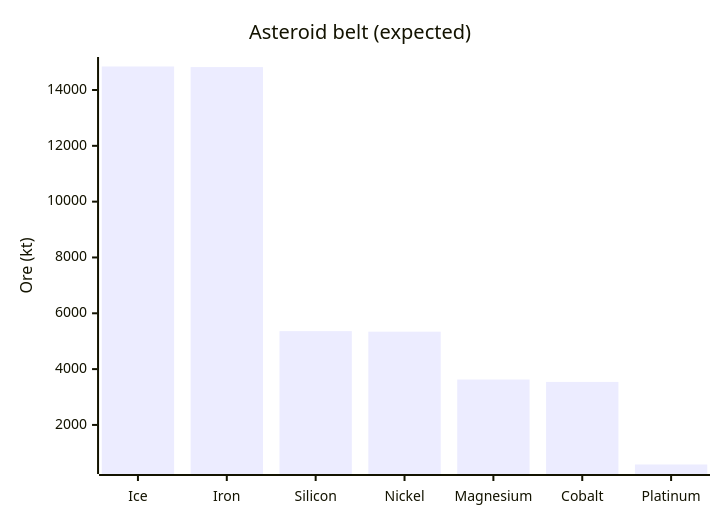
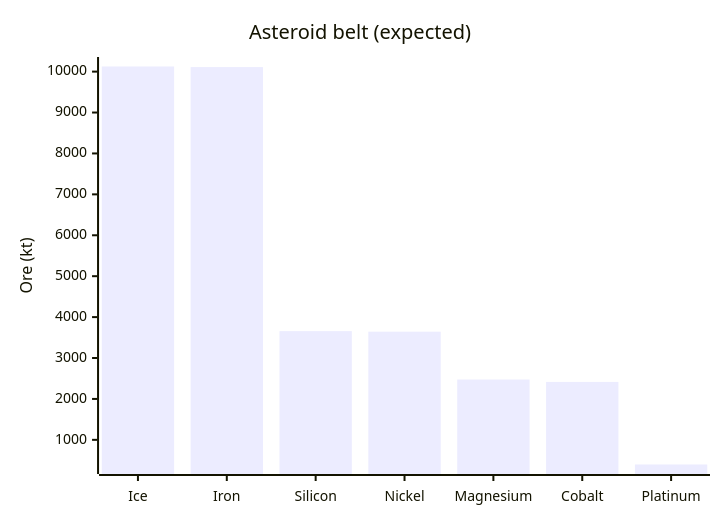
One commit to CometWorks/worlds changed the third of 4 diagrams in octahedron/ORES.md. Above: the diagram before and after it, drawn with Mermaid. The commit also changed other lines of this file and 3003 other files, not shown here.

````diff
--- a/octahedron/ORES.md
+++ b/octahedron/ORES.md
@@ -91,7 +91,7 @@
 ```mermaid
 xychart-beta
     title "Asteroid belt (expected)"
     x-axis ["Ice", "Iron", "Silicon", "Nickel", "Magnesium", "Cobalt", "Platinum"]
     y-axis "Ore (kt)"
-    bar [14841.9, 14820.5, 5360.5, 5341.1, 3626.5, 3540.8, 582.4]
+    bar [10125.1, 10110.5, 3656.9, 3643.7, 2474.0, 2415.5, 397.3]
 ```
````
